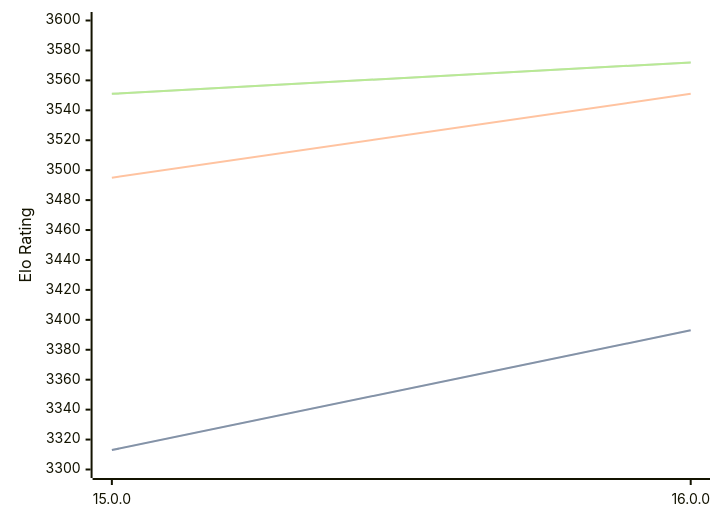
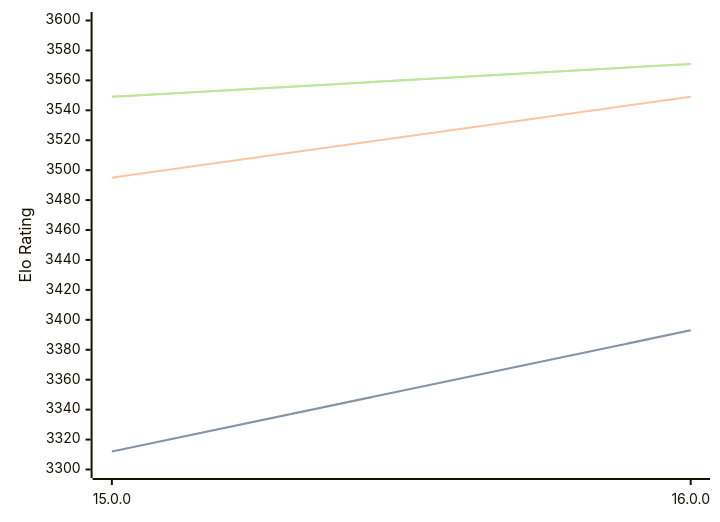
One commit to computer-chess-index/cci changed the diagram in engines/Halogen.md. Above: the diagram before and after it, drawn with Mermaid. The commit also changed other lines of this file, not shown here.

Commit message:
Update CCI Ratings (ELO VLTC) - 2026-03-22

````diff
--- a/engines/Halogen.md
+++ b/engines/Halogen.md
@@ -50,11 +50,11 @@
 ```mermaid
 %%{init: {"theme":"base","themeVariables":{"seriesColors:['#a3a3a3','#222221','#faa371']}}}%%
 xychart-beta
   x-axis ["15.0.0", "16.0.0"]
   y-axis "Elo Rating" 3300 --> 3600
-  line "STC (8.0+0.08s)" [3313, 3393]
-  line "STC (8.0+0.08s)" [3313, 3393]
-  line "LTC (60.0+0.60s)" [3495, 3551]
-  line "VLTC (2m24s+1.12s)" [3551, 3572]
-  line "VLTC (2m24s+1.12s)" [3551, 3572]
+  line "STC (8.0+0.08s)" [3312, 3393]
+  line "STC (8.0+0.08s)" [3312, 3393]
+  line "LTC (60.0+0.60s)" [3495, 3549]
+  line "VLTC (2m24s+1.12s)" [3549, 3571]
+  line "VLTC (2m24s+1.12s)" [3549, 3571]
 ```
````
